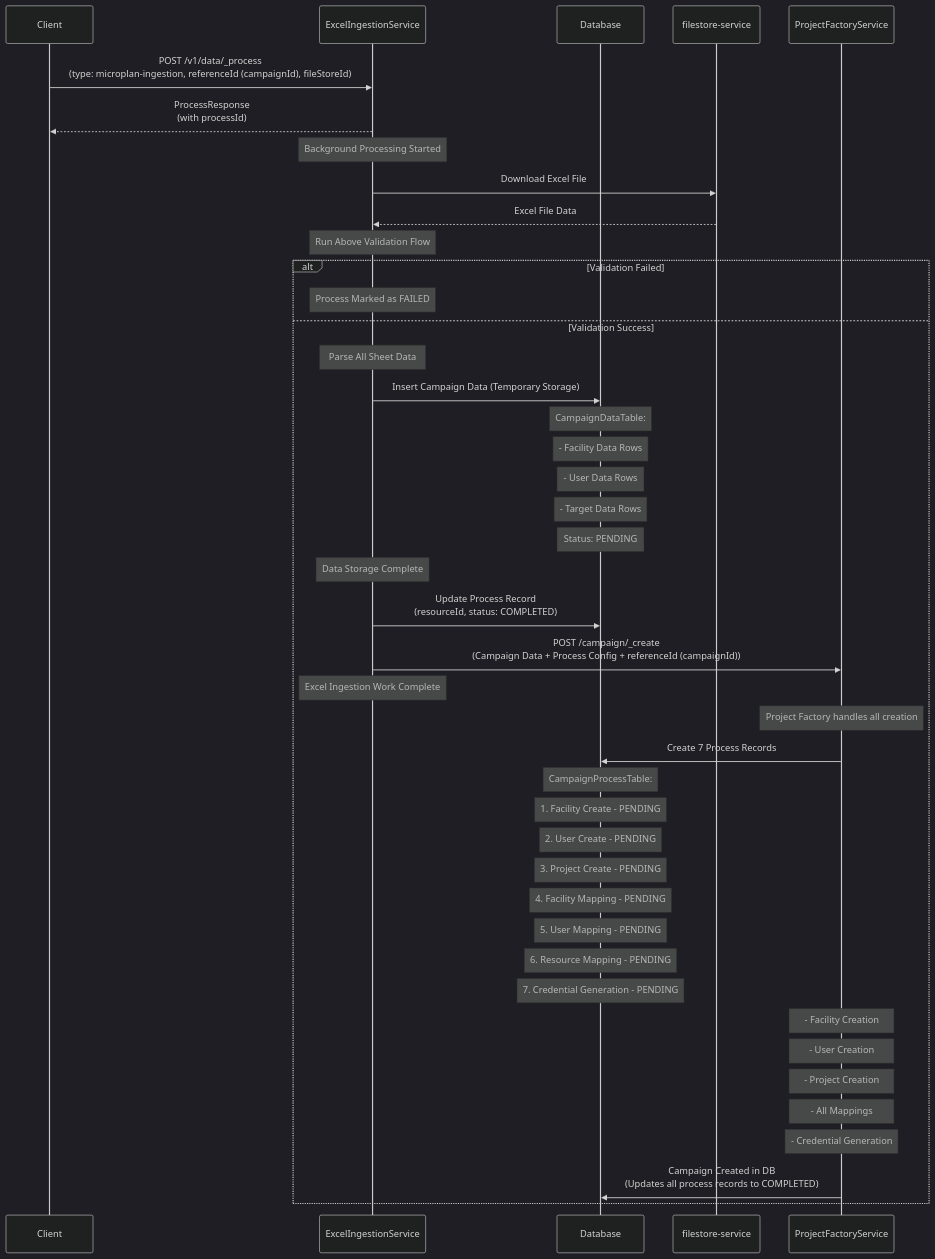
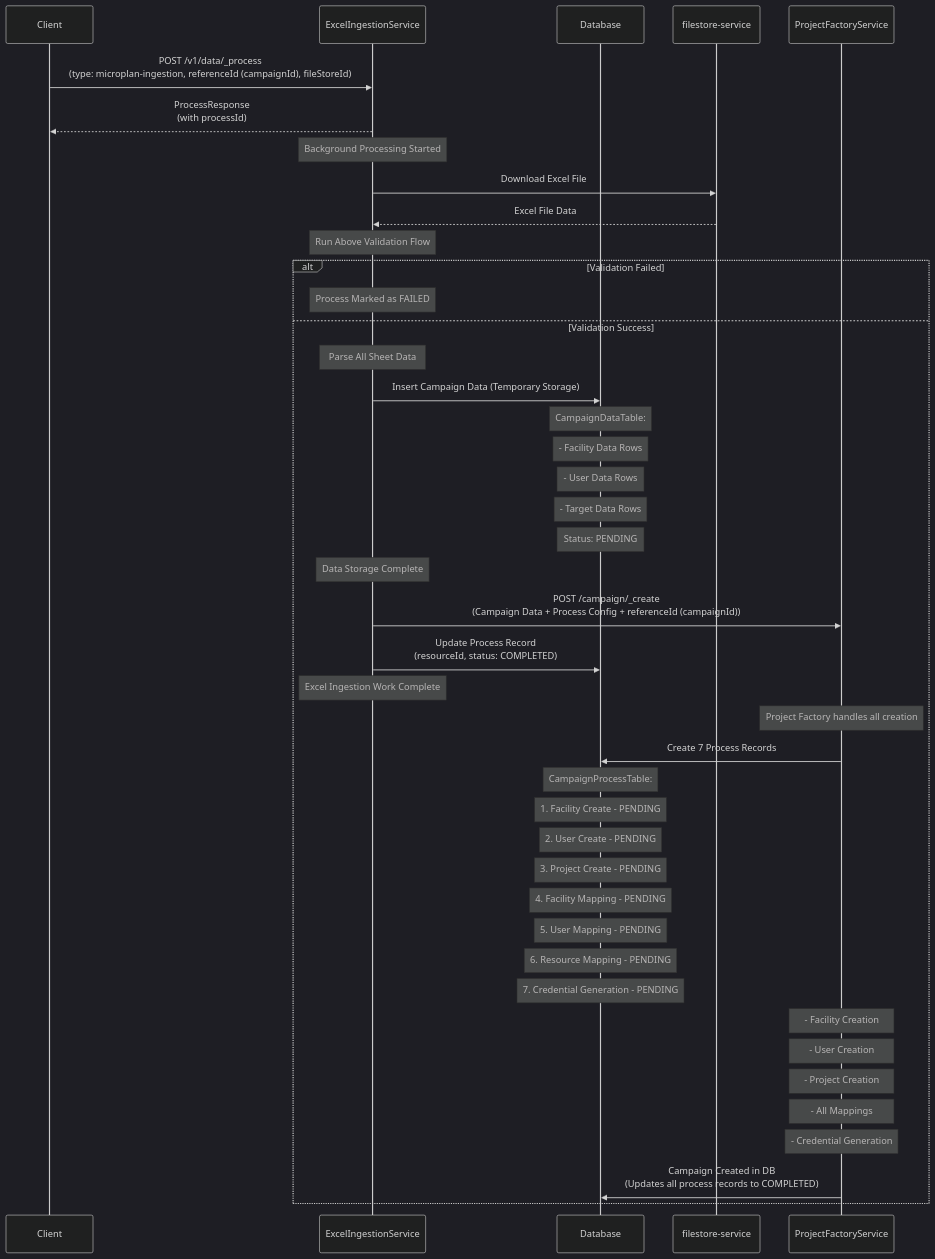
The third of 5 diagrams in DESIGN.md (ashish-egov/campaign-whole-sheet-ingestion), drawn with Mermaid (dark theme) before and after one commit. The commit also changed other lines of this file, not shown here.

````diff
--- a/DESIGN.md
+++ b/DESIGN.md
@@ -89,59 +89,58 @@
 ```mermaid
 sequenceDiagram
     participant Client
     participant ExcelIngestionService
     participant Database
     participant filestore-service
     participant ProjectFactoryService
     
     Client->>ExcelIngestionService: POST /v1/data/_process<br/>(type: microplan-ingestion, referenceId (campaignId), fileStoreId)
     
     ExcelIngestionService-->>Client: ProcessResponse<br/>(with processId)
     
     Note over ExcelIngestionService: Background Processing Started
     
     ExcelIngestionService->>filestore-service: Download Excel File
     filestore-service-->>ExcelIngestionService: Excel File Data
     
     Note over ExcelIngestionService: Run Above Validation Flow
     
     alt Validation Failed
         Note over ExcelIngestionService: Process Marked as FAILED
     else Validation Success
     
         Note over ExcelIngestionService: Parse All Sheet Data
         
         ExcelIngestionService->>Database: Insert Campaign Data (Temporary Storage)
         Note over Database: CampaignDataTable:
         Note over Database: - Facility Data Rows
         Note over Database: - User Data Rows  
         Note over Database: - Target Data Rows
         Note over Database: Status: PENDING
         
         Note over ExcelIngestionService: Data Storage Complete
+        ExcelIngestionService->>ProjectFactoryService: POST /campaign/_create<br/>(Campaign Data + Process Config + referenceId (campaignId))
         ExcelIngestionService->>Database: Update Process Record<br/>(resourceId, status: COMPLETED)
-        
-        ExcelIngestionService->>ProjectFactoryService: POST /campaign/_create<br/>(Campaign Data + Process Config + referenceId (campaignId))
         
         Note over ExcelIngestionService: Excel Ingestion Work Complete
         
         Note over ProjectFactoryService: Project Factory handles all creation
         ProjectFactoryService->>Database: Create 7 Process Records
         Note over Database: CampaignProcessTable:
         Note over Database: 1. Facility Create - PENDING
         Note over Database: 2. User Create - PENDING
         Note over Database: 3. Project Create - PENDING
         Note over Database: 4. Facility Mapping - PENDING
         Note over Database: 5. User Mapping - PENDING
         Note over Database: 6. Resource Mapping - PENDING
         Note over Database: 7. Credential Generation - PENDING
         
         Note over ProjectFactoryService: - Facility Creation
         Note over ProjectFactoryService: - User Creation  
         Note over ProjectFactoryService: - Project Creation
         Note over ProjectFactoryService: - All Mappings
         Note over ProjectFactoryService: - Credential Generation
         
         ProjectFactoryService->>Database: Campaign Created in DB<br/>(Updates all process records to COMPLETED)
     end
 ```
````
